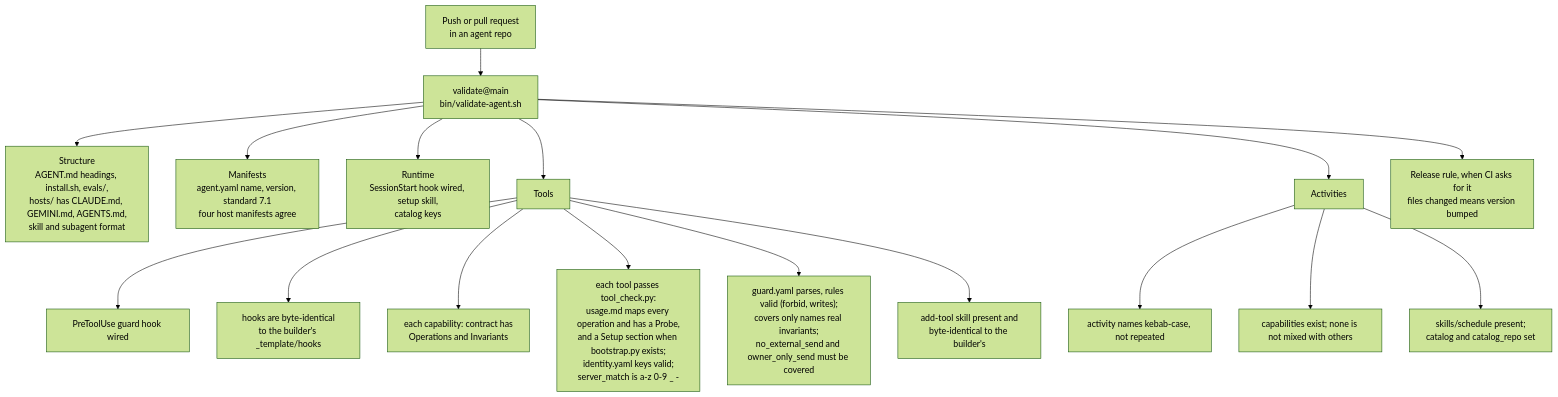
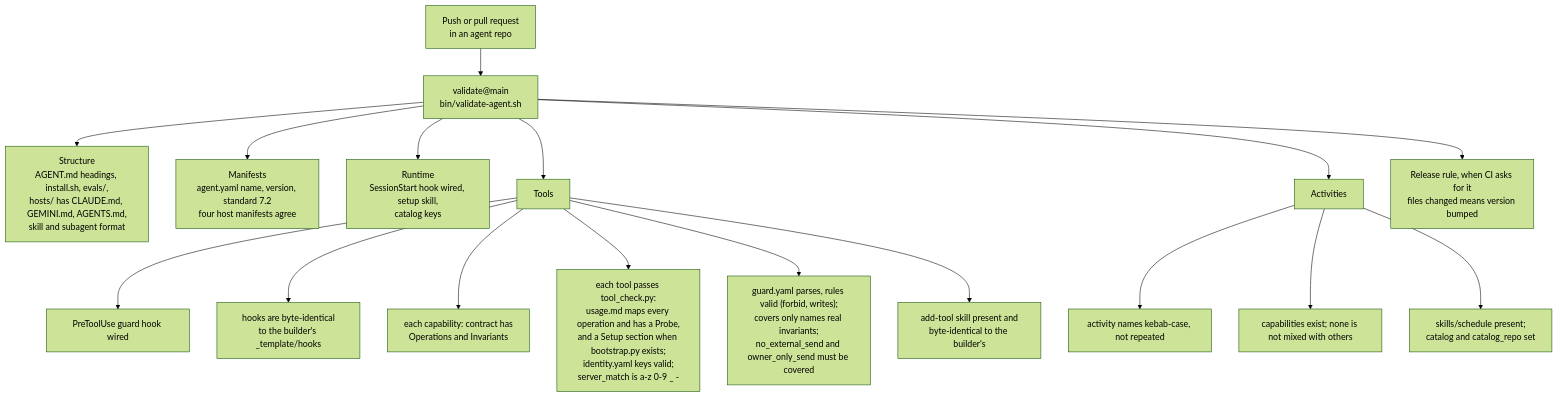
Before and after one commit to webspenser/agent-builder: the second of 6 diagrams in docs/how-it-works.md, drawn with Mermaid (forest theme). The commit also changed other lines of this file and 11 other files, not shown here.

Commit message:
feat: Agent Standard 7.2 — pinned values and pinned_inputs (builder 7.2.0)

````diff
--- a/docs/how-it-works.md
+++ b/docs/how-it-works.md
@@ -205,19 +205,19 @@
 ```mermaid
 flowchart TD
   S["Push or pull request<br/>in an agent repo"] --> V["validate@main<br/>bin/validate-agent.sh"]
   V --> ST["Structure<br/>AGENT.md headings, install.sh, evals/,<br/>hosts/ has CLAUDE.md, GEMINI.md, AGENTS.md,<br/>skill and subagent format"]
-  V --> MF["Manifests<br/>agent.yaml name, version, standard 7.1<br/>four host manifests agree"]
+  V --> MF["Manifests<br/>agent.yaml name, version, standard 7.2<br/>four host manifests agree"]
   V --> RT["Runtime<br/>SessionStart hook wired, setup skill,<br/>catalog keys"]
   V --> TL["Tools"]
   V --> AC["Activities"]
   V --> BU["Release rule, when CI asks for it<br/>files changed means version bumped"]
   TL --> T1["PreToolUse guard hook wired"]
   TL --> T2["hooks are byte-identical<br/>to the builder's _template/hooks"]
   TL --> T3["each capability: contract has<br/>Operations and Invariants"]
   TL --> T4["each tool passes tool_check.py:<br/>usage.md maps every operation and has a Probe,<br/>and a Setup section when bootstrap.py exists;<br/>identity.yaml keys valid;<br/>server_match is a-z 0-9 _ -"]
   TL --> T5["guard.yaml parses, rules valid (forbid, writes);<br/>covers only names real invariants;<br/>no_external_send and owner_only_send must be covered"]
   TL --> T6["add-tool skill present and<br/>byte-identical to the builder's"]
   AC --> A1["activity names kebab-case, not repeated"]
   AC --> A2["capabilities exist; none is not mixed with others"]
   AC --> A3["skills/schedule present;<br/>catalog and catalog_repo set"]
 ```
````
